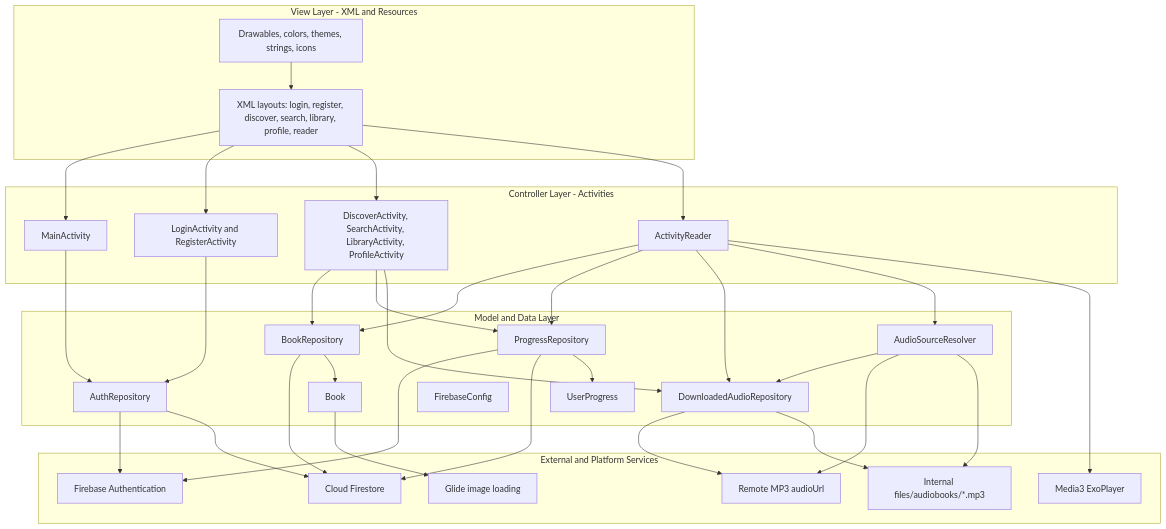
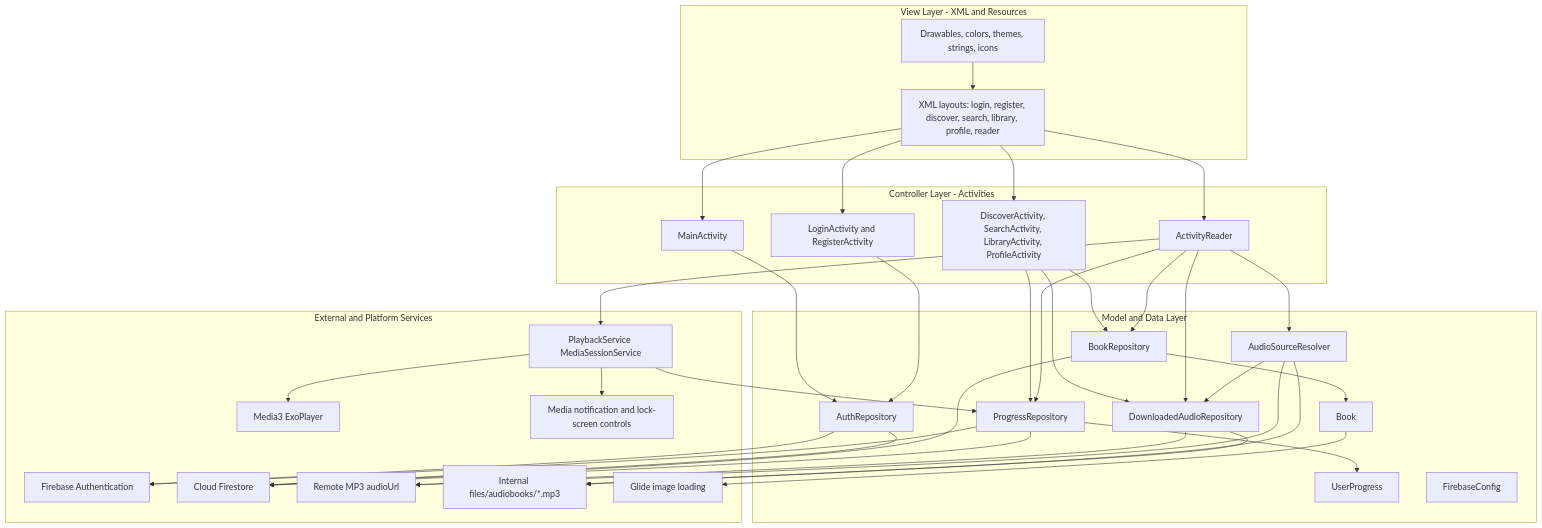
The first of 8 diagrams in README.md (LeeVuKhang/Fonos_Group13), drawn with Mermaid before and after one commit. The commit also changed other lines of this file, not shown here.

Commit message:
Update docs for playback service

````diff
--- a/README.md
+++ b/README.md
@@ -148,65 +155,70 @@
 ```mermaid
 flowchart TB
     subgraph View["View Layer - XML and Resources"]
         Layouts["XML layouts: login, register, discover, search, library, profile, reader"]
         Resources["Drawables, colors, themes, strings, icons"]
     end
 
     subgraph Controller["Controller Layer - Activities"]
         Main["MainActivity"]
         AuthScreens["LoginActivity and RegisterActivity"]
         BrowseScreens["DiscoverActivity, SearchActivity, LibraryActivity, ProfileActivity"]
         Reader["ActivityReader"]
     end
 
     subgraph Model["Model and Data Layer"]
         BookModel["Book"]
         ProgressModel["UserProgress"]
         AuthRepo["AuthRepository"]
         BookRepo["BookRepository"]
         ProgressRepo["ProgressRepository"]
         DownloadRepo["DownloadedAudioRepository"]
         Resolver["AudioSourceResolver"]
         FirebaseConfig["FirebaseConfig"]
     end
 
     subgraph External["External and Platform Services"]
         FirebaseAuth["Firebase Authentication"]
         Firestore["Cloud Firestore"]
         RemoteAudio["Remote MP3 audioUrl"]
         InternalFiles["Internal files/audiobooks/*.mp3"]
+        PlaybackService["PlaybackService MediaSessionService"]
         ExoPlayer["Media3 ExoPlayer"]
+        MediaNotification["Media notification and lock-screen controls"]
         Glide["Glide image loading"]
     end
 
     Layouts --> Main
     Layouts --> AuthScreens
     Layouts --> BrowseScreens
     Layouts --> Reader
     Resources --> Layouts
 
     Main --> AuthRepo
     AuthScreens --> AuthRepo
     BrowseScreens --> BookRepo
     BrowseScreens --> ProgressRepo
     BrowseScreens --> DownloadRepo
     Reader --> BookRepo
     Reader --> ProgressRepo
     Reader --> DownloadRepo
     Reader --> Resolver
-    Reader --> ExoPlayer
+    Reader --> PlaybackService
 
     AuthRepo --> FirebaseAuth
     AuthRepo --> Firestore
     BookRepo --> Firestore
     ProgressRepo --> FirebaseAuth
     ProgressRepo --> Firestore
+    PlaybackService --> ExoPlayer
+    PlaybackService --> ProgressRepo
+    PlaybackService --> MediaNotification
     DownloadRepo --> RemoteAudio
     DownloadRepo --> InternalFiles
     Resolver --> DownloadRepo
     Resolver --> RemoteAudio
     Resolver --> InternalFiles
     BookRepo --> BookModel
     ProgressRepo --> ProgressModel
     BookModel --> Glide
 ```
````
